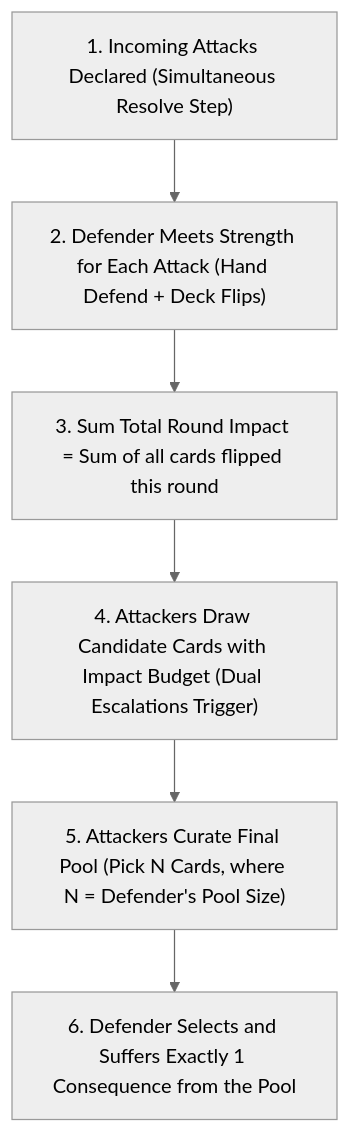
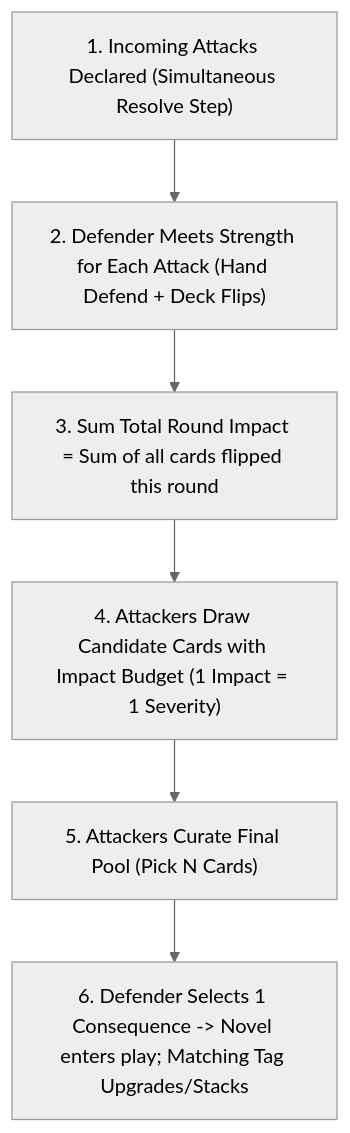
One commit to tdimiduk/cardpg changed the diagram in design/iteration/consequence-pool-tag-escalation/README.md. Above: the diagram before and after it, drawn with Mermaid (neutral theme). The commit also changed other lines of this file and 5 other files, not shown here.

````diff
--- a/design/iteration/consequence-pool-tag-escalation/README.md
+++ b/design/iteration/consequence-pool-tag-escalation/README.md
@@ -33,8 +33,8 @@
 ```mermaid
 flowchart TD
     A["1. Incoming Attacks Declared (Simultaneous Resolve Step)"] --> B["2. Defender Meets Strength for Each Attack (Hand Defend + Deck Flips)"]
     B --> C["3. Sum Total Round Impact = Sum of all cards flipped this round"]
-    C --> D["4. Attackers Draw Candidate Cards with Impact Budget (Dual Escalations Trigger)"]
-    D --> E["5. Attackers Curate Final Pool (Pick N Cards, where N = Defender's Pool Size)"]
-    E --> F["6. Defender Selects and Suffers Exactly 1 Consequence from the Pool"]
+    C --> D["4. Attackers Draw Candidate Cards with Impact Budget (1 Impact = 1 Severity)"]
+    D --> E["5. Attackers Curate Final Pool (Pick N Cards)"]
+    E --> F["6. Defender Selects 1 Consequence -> Novel enters play; Matching Tag Upgrades/Stacks"]
 ```
````
